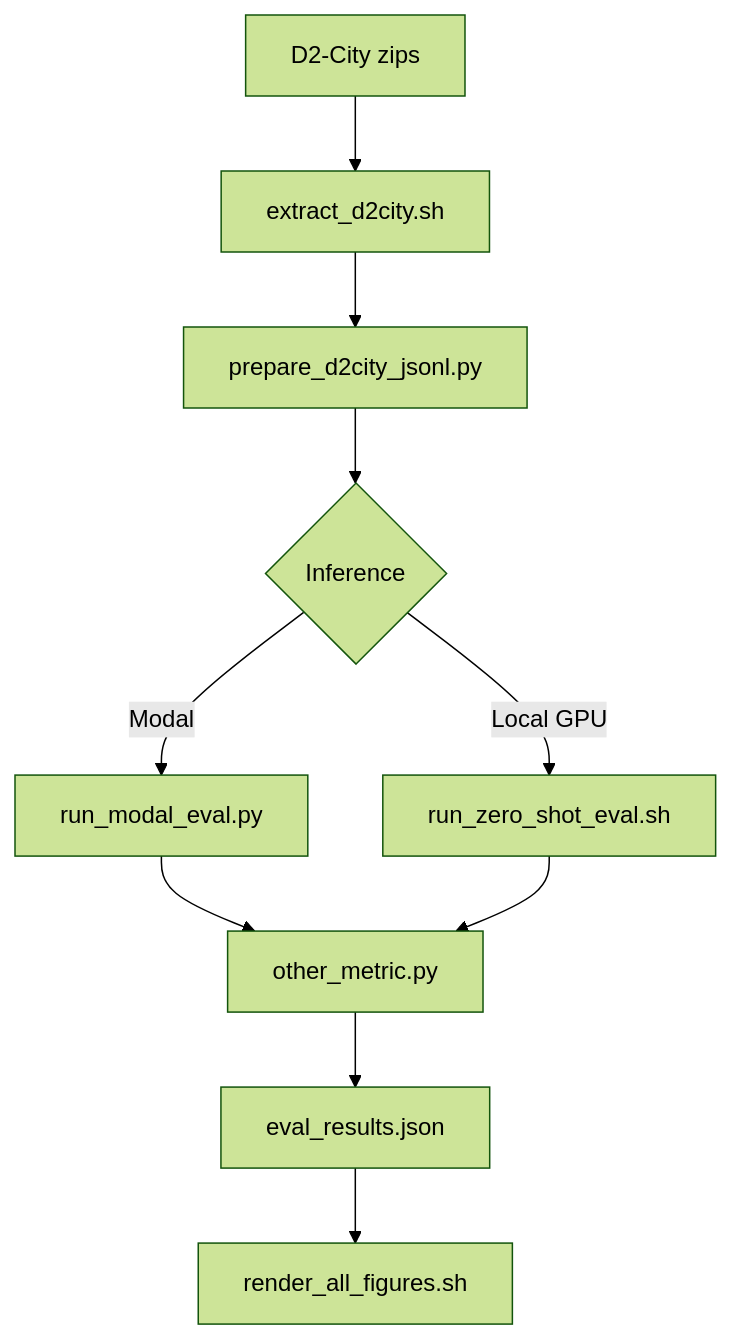
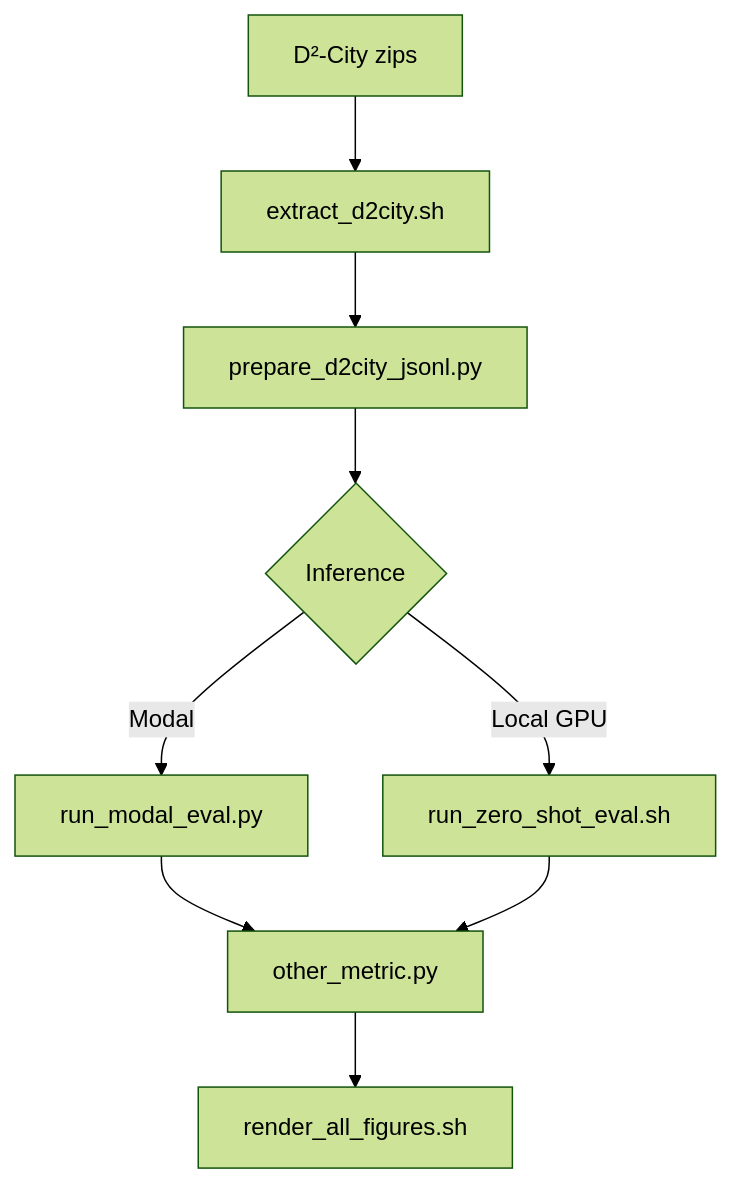
Before and after one commit to faheemgurkani/locateanything-d2city-zero-shot-eval: the diagram in README.md, drawn with Mermaid (forest theme). The commit also changed other lines of this file, not shown here.

````diff
--- a/README.md
+++ b/README.md
@@ -306,12 +195,11 @@
 ```mermaid
 flowchart TD
-  A[D2-City zips] --> B[extract_d2city.sh]
+  A[D²-City zips] --> B[extract_d2city.sh]
   B --> C[prepare_d2city_jsonl.py]
   C --> D{Inference}
   D -->|Modal| E[run_modal_eval.py]
   D -->|Local GPU| F[run_zero_shot_eval.sh]
   E --> G[other_metric.py]
   F --> G
-  G --> H[eval_results.json]
-  H --> I[render_all_figures.sh]
+  G --> H[render_all_figures.sh]
 ```
````
